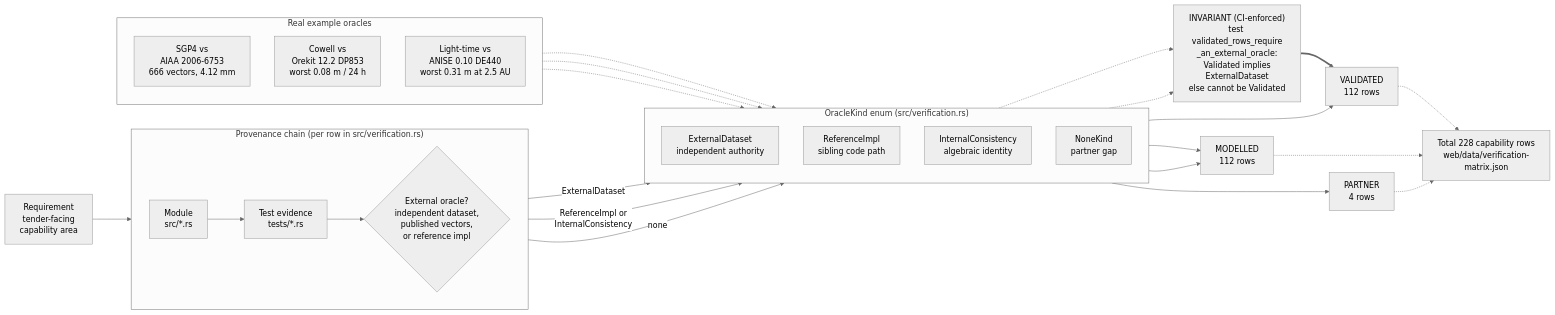
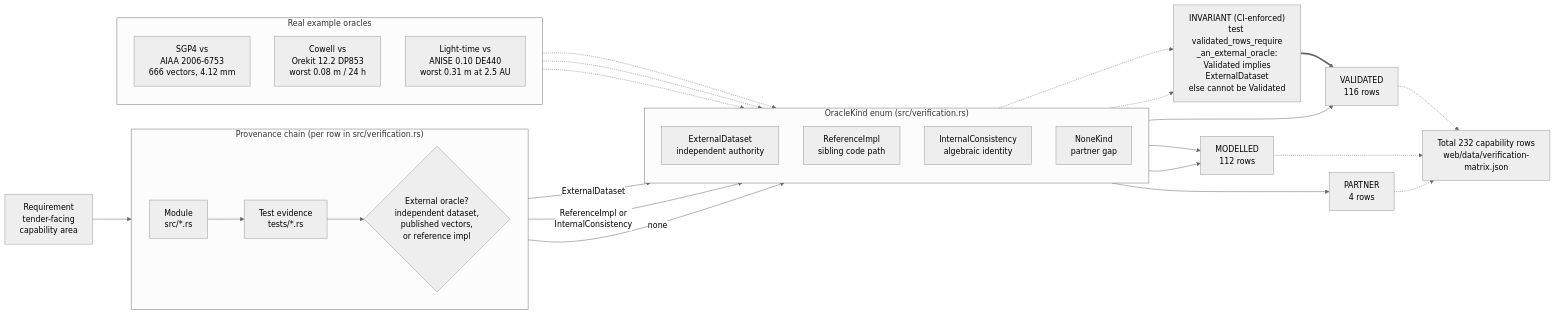
One commit to ashfordeOU/kshana changed the diagram in docs/diagrams/validation-provenance.mmd. Above: the diagram before and after it, drawn with Mermaid (neutral theme). The commit also changed 28 other files, not shown here.

```diff
--- a/docs/diagrams/validation-provenance.mmd
+++ b/docs/diagrams/validation-provenance.mmd
@@ -1,49 +1,49 @@
 flowchart LR
     REQ["Requirement<br/>tender-facing<br/>capability area"]
 
     subgraph CHAIN["Provenance chain (per row in src/verification.rs)"]
         direction LR
         MOD["Module<br/>src/*.rs"]
         TST["Test evidence<br/>tests/*.rs"]
         ORA{"External oracle?<br/>independent dataset,<br/>published vectors,<br/>or reference impl"}
     end
 
     REQ --> MOD --> TST --> ORA
 
     subgraph KINDS["OracleKind enum (src/verification.rs)"]
         direction TD
         EXT["ExternalDataset<br/>independent authority"]
         REF["ReferenceImpl<br/>sibling code path"]
         INT["InternalConsistency<br/>algebraic identity"]
         NON["NoneKind<br/>partner gap"]
     end
 
     ORA -->|ExternalDataset| EXT
     ORA -->|"ReferenceImpl or<br/>InternalConsistency"| INT
     ORA -->|none| NON
 
     GUARD["INVARIANT (CI-enforced)<br/>test validated_rows_require<br/>_an_external_oracle:<br/>Validated implies<br/>ExternalDataset<br/>else cannot be Validated"]
     EXT -.-> GUARD
     INT -.-> GUARD
 
-    EXT --> VAL["VALIDATED<br/>112 rows"]
+    EXT --> VAL["VALIDATED<br/>116 rows"]
     REF --> MDL["MODELLED<br/>112 rows"]
     INT --> MDL
     NON --> PRT["PARTNER<br/>4 rows"]
     GUARD ==> VAL
 
     subgraph EX["Real example oracles"]
         direction TD
         E1["SGP4 vs<br/>AIAA 2006-6753<br/>666 vectors, 4.12 mm"]
         E2["Cowell vs<br/>Orekit 12.2 DP853<br/>worst 0.08 m / 24 h"]
         E3["Light-time vs<br/>ANISE 0.10 DE440<br/>worst 0.31 m at 2.5 AU"]
     end
 
     E1 -.-> EXT
     E2 -.-> EXT
     E3 -.-> EXT
 
-    TOTAL["Total 228 capability rows<br/>web/data/verification-matrix.json"]
+    TOTAL["Total 232 capability rows<br/>web/data/verification-matrix.json"]
     VAL -.-> TOTAL
     MDL -.-> TOTAL
     PRT -.-> TOTAL
```
